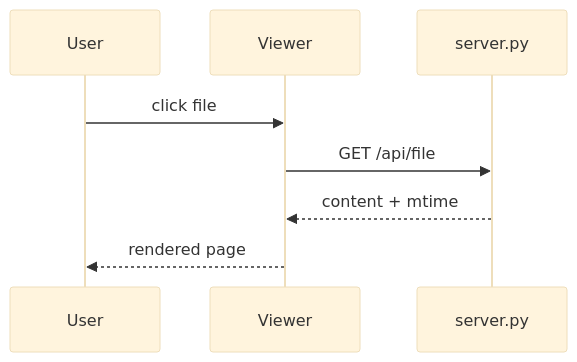
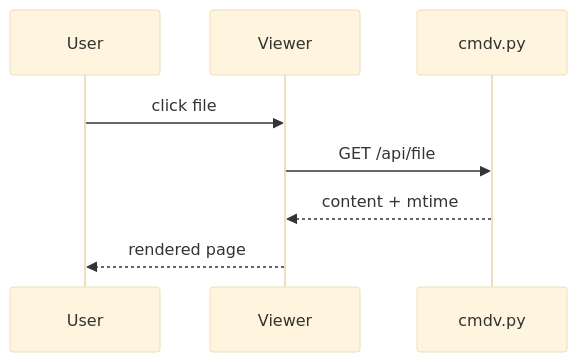
One commit to colinoflynn/colins-markdown-viewer changed the second of 2 diagrams in samples/demo.md. Above: the diagram before and after it, drawn with Mermaid (base theme). The commit also changed other lines of this file and 8 other files, not shown here.

````diff
--- a/samples/demo.md
+++ b/samples/demo.md
@@ -101,10 +101,10 @@
 ```mermaid
 sequenceDiagram
     participant U as User
     participant V as Viewer
-    participant S as server.py
+    participant S as cmdv.py
     U->>V: click file
     V->>S: GET /api/file
     S-->>V: content + mtime
     V-->>U: rendered page
 ```
````
